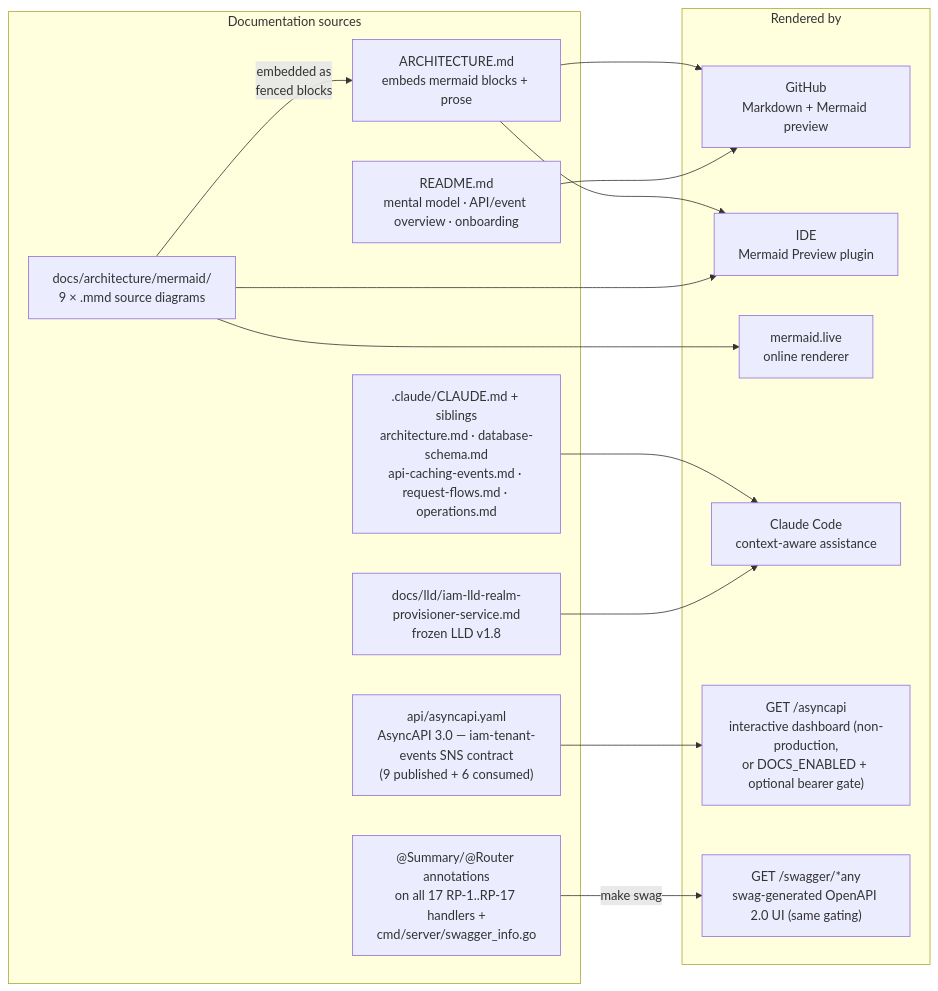
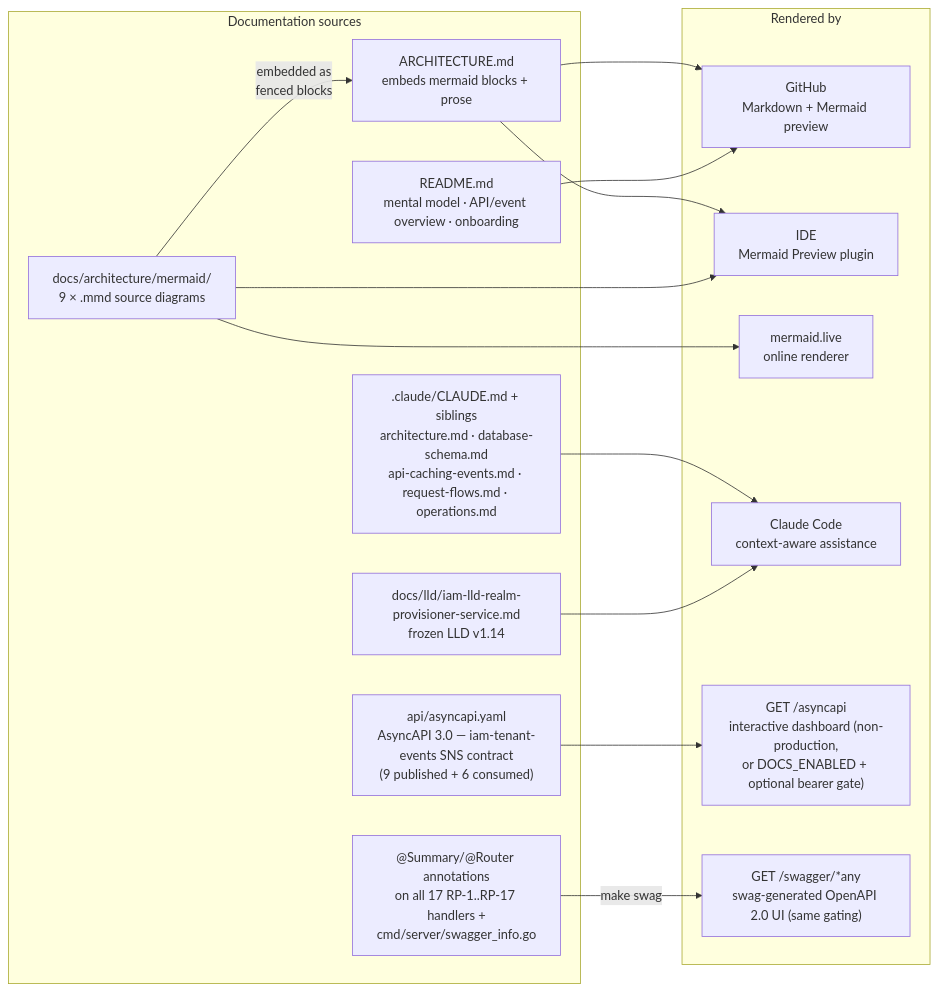
The tenth of 10 diagrams in ARCHITECTURE.md (BCBP-SOLUTIONS-FZC-LLC/iam-realm-provisioner), drawn with Mermaid before and after one commit. The commit also changed other lines of this file and 15 other files, not shown here.

First line of the commit message:
docs: align LLD/README/ARCHITECTURE/.claude docs; fix CI coverage gate drift

````diff
--- a/ARCHITECTURE.md
+++ b/ARCHITECTURE.md
@@ -1040,30 +1047,30 @@
 ```mermaid
 graph LR
     subgraph sources["Documentation sources"]
         mmd["docs/architecture/mermaid/\n9 × .mmd source diagrams"]
         arch["ARCHITECTURE.md\nembeds mermaid blocks + prose"]
         claude[".claude/CLAUDE.md + siblings\narchitecture.md · database-schema.md\napi-caching-events.md · request-flows.md · operations.md"]
         readme["README.md\nmental model · API/event overview · onboarding"]
         asyncapi_yaml["api/asyncapi.yaml\nAsyncAPI 3.0 — iam-tenant-events SNS contract\n(9 published + 6 consumed)"]
         swag_annot["@Summary/@Router annotations\non all 17 RP-1..RP-17 handlers +\ncmd/server/swagger_info.go"]
-        lld["docs/lld/iam-lld-realm-provisioner-service.md\nfrozen LLD v1.8"]
+        lld["docs/lld/iam-lld-realm-provisioner-service.md\nfrozen LLD v1.14"]
     end
 
     subgraph rendered["Rendered by"]
         github["GitHub\nMarkdown + Mermaid preview"]
         ide["IDE\nMermaid Preview plugin"]
         live["mermaid.live\nonline renderer"]
         claude_ai["Claude Code\ncontext-aware assistance"]
         asyncapi_viewer["GET /asyncapi\ninteractive dashboard (non-production,\nor DOCS_ENABLED + optional bearer gate)"]
         swagger_ui["GET /swagger/*any\nswag-generated OpenAPI 2.0 UI (same gating)"]
     end
 
     mmd  -->|"embedded as\nfenced blocks"| arch
     arch --> github & ide
     mmd  --> live & ide
     claude --> claude_ai
     readme --> github
     lld --> claude_ai
     asyncapi_yaml --> asyncapi_viewer
     swag_annot -->|"make swag"| swagger_ui
 ```
````
